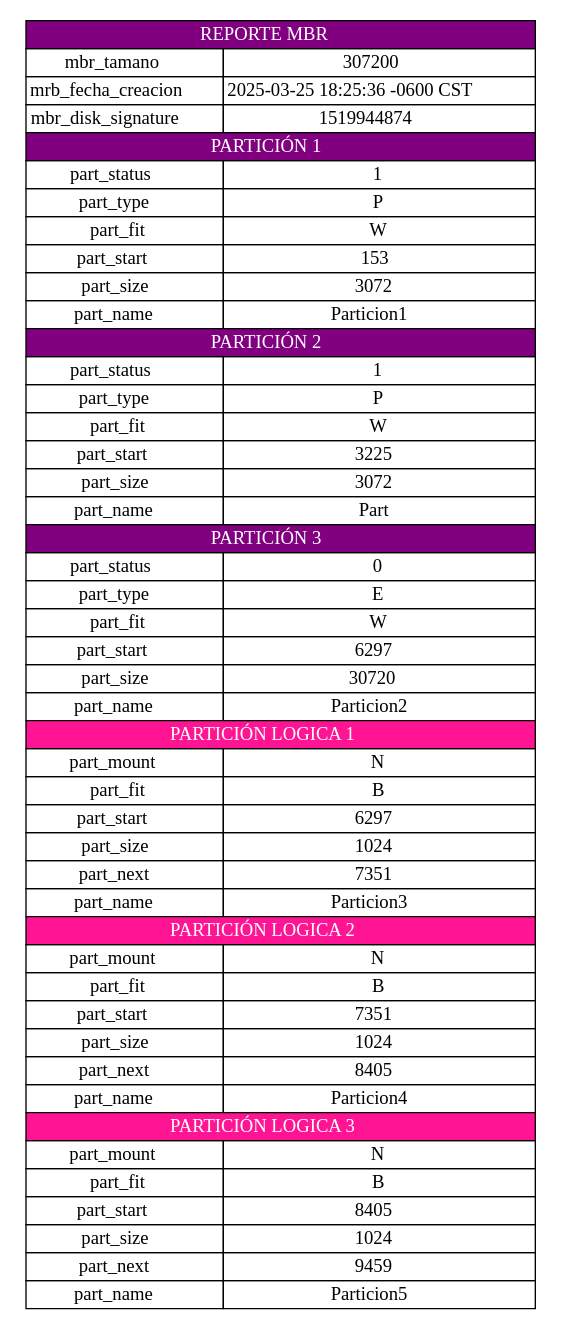
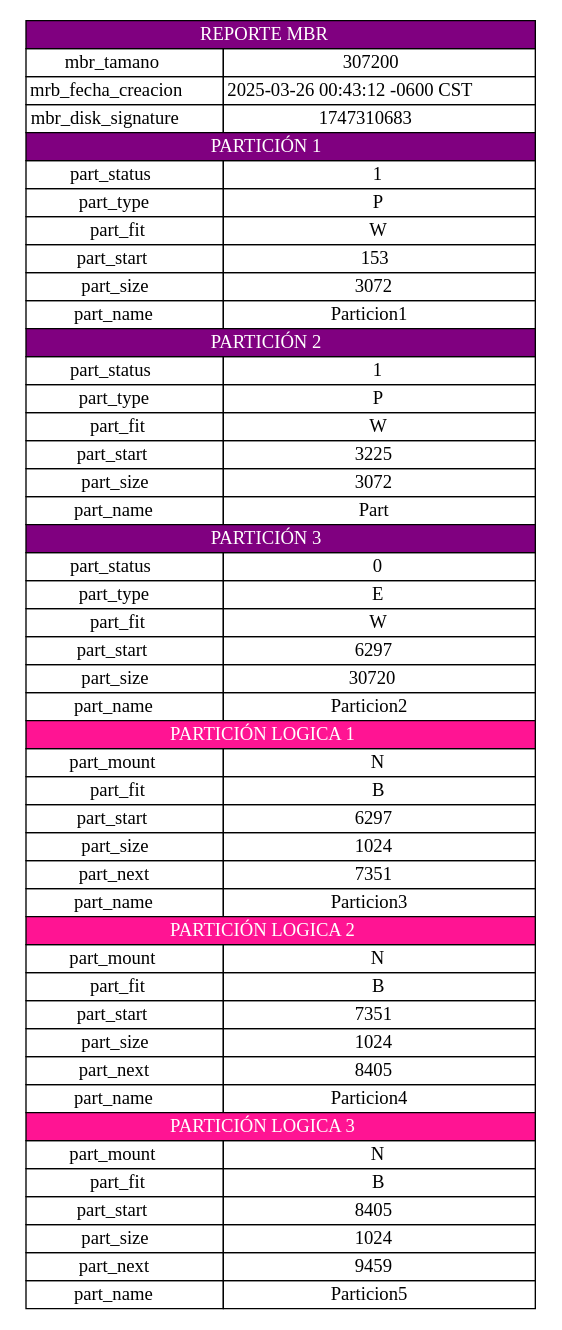
Before and after one commit to miguel-tubac/MIA_1S2025_P1_202101927: the diagram in server/src/salida/mbryebr.dot, drawn with Graphviz. The commit also changed 22 other files, not shown here.

```diff
--- a/server/src/salida/mbryebr.dot
+++ b/server/src/salida/mbryebr.dot
@@ -1,57 +1,57 @@
 digraph G {
         node [shape=plaintext]
         tabla [label=<
             <table border="0" cellborder="1" cellspacing="0">
                 <tr><td colspan="2" bgcolor="#800080"><font color="white"> REPORTE MBR </font></td></tr>
                 <tr><td>mbr_tamano</td><td>307200</td></tr>
-                <tr><td>mrb_fecha_creacion</td><td>2025-03-25 18:25:36 -0600 CST</td></tr>
-                <tr><td>mbr_disk_signature</td><td>1519944874</td></tr>
+                <tr><td>mrb_fecha_creacion</td><td>2025-03-26 00:43:12 -0600 CST</td></tr>
+                <tr><td>mbr_disk_signature</td><td>1747310683</td></tr>
             
 			<tr><td colspan="2" bgcolor="#800080"><font color="white"> PARTICIÓN 1 </font></td></tr>
 			<tr><td>part_status</td><td>1</td></tr>
 			<tr><td>part_type</td><td>P</td></tr>
 			<tr><td>part_fit</td><td>W</td></tr>
 			<tr><td>part_start</td><td>153</td></tr>
 			<tr><td>part_size</td><td>3072</td></tr>
 			<tr><td>part_name</td><td>Particion1</td></tr>
 		
 			<tr><td colspan="2" bgcolor="#800080"><font color="white"> PARTICIÓN 2 </font></td></tr>
 			<tr><td>part_status</td><td>1</td></tr>
 			<tr><td>part_type</td><td>P</td></tr>
 			<tr><td>part_fit</td><td>W</td></tr>
 			<tr><td>part_start</td><td>3225</td></tr>
 			<tr><td>part_size</td><td>3072</td></tr>
 			<tr><td>part_name</td><td>Part</td></tr>
 		
 			<tr><td colspan="2" bgcolor="#800080"><font color="white"> PARTICIÓN 3 </font></td></tr>
 			<tr><td>part_status</td><td>0</td></tr>
 			<tr><td>part_type</td><td>E</td></tr>
 			<tr><td>part_fit</td><td>W</td></tr>
 			<tr><td>part_start</td><td>6297</td></tr>
 			<tr><td>part_size</td><td>30720</td></tr>
 			<tr><td>part_name</td><td>Particion2</td></tr>
 		
 					<tr><td colspan="2" bgcolor="#FF1493"><font color="white"> PARTICIÓN LOGICA 1 </font></td></tr>
 					<tr><td>part_mount</td><td>N</td></tr>
 					<tr><td>part_fit</td><td>B</td></tr>
 					<tr><td>part_start</td><td>6297</td></tr>
 					<tr><td>part_size</td><td>1024</td></tr>
 					<tr><td>part_next</td><td>7351</td></tr>
 					<tr><td>part_name</td><td>Particion3</td></tr>
 				
 					<tr><td colspan="2" bgcolor="#FF1493"><font color="white"> PARTICIÓN LOGICA 2 </font></td></tr>
 					<tr><td>part_mount</td><td>N</td></tr>
 					<tr><td>part_fit</td><td>B</td></tr>
 					<tr><td>part_start</td><td>7351</td></tr>
 					<tr><td>part_size</td><td>1024</td></tr>
 					<tr><td>part_next</td><td>8405</td></tr>
 					<tr><td>part_name</td><td>Particion4</td></tr>
 				
 					<tr><td colspan="2" bgcolor="#FF1493"><font color="white"> PARTICIÓN LOGICA 3 </font></td></tr>
 					<tr><td>part_mount</td><td>N</td></tr>
 					<tr><td>part_fit</td><td>B</td></tr>
 					<tr><td>part_start</td><td>8405</td></tr>
 					<tr><td>part_size</td><td>1024</td></tr>
 					<tr><td>part_next</td><td>9459</td></tr>
 					<tr><td>part_name</td><td>Particion5</td></tr>
 				</table>>] }
```
